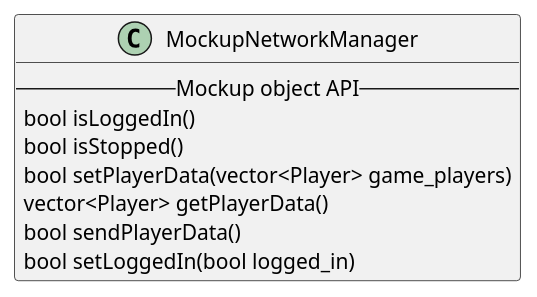
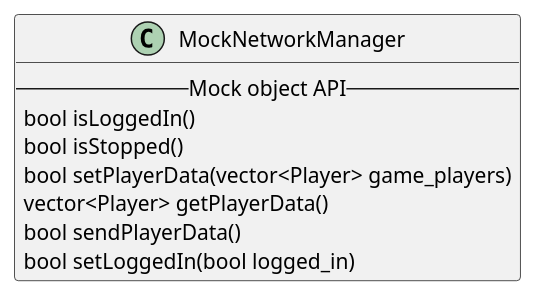
The second of 2 diagrams in en/network-manager.md (asrob-uc3m/robotDevastation-developer-manual), drawn with PlantUML before and after one commit. The commit also changed other lines of this file and 10 other files, not shown here.

First line of the commit message:
Replace 'Mockup' with 'Mock'

```diff
--- a/en/network-manager.md
+++ b/en/network-manager.md
@@ -62,12 +62,12 @@
 {% plantuml %}
 
-class MockupNetworkManager {
--- Mockup object API --
+class MockNetworkManager {
+-- Mock object API --
 bool isLoggedIn()
 bool isStopped()
 bool setPlayerData(vector<Player> game_players)
 vector<Player> getPlayerData()
 bool sendPlayerData()
 bool setLoggedIn(bool logged_in)
 }
 {% endplantuml %}
```
